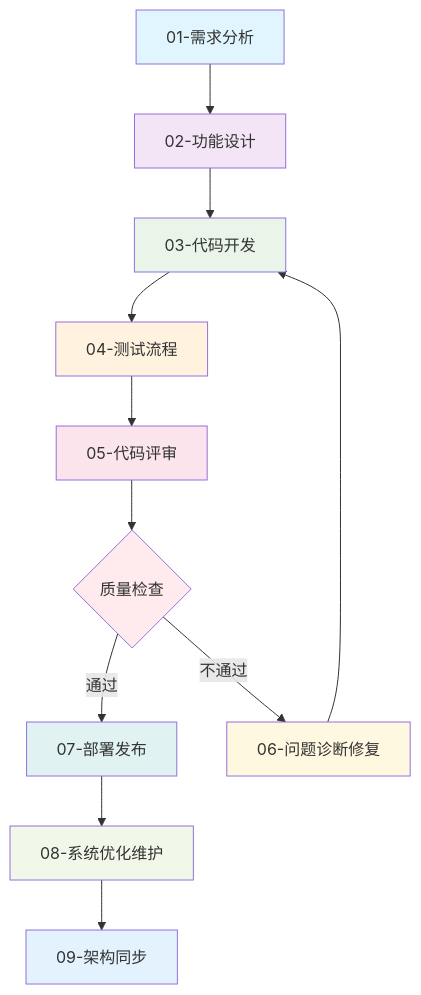
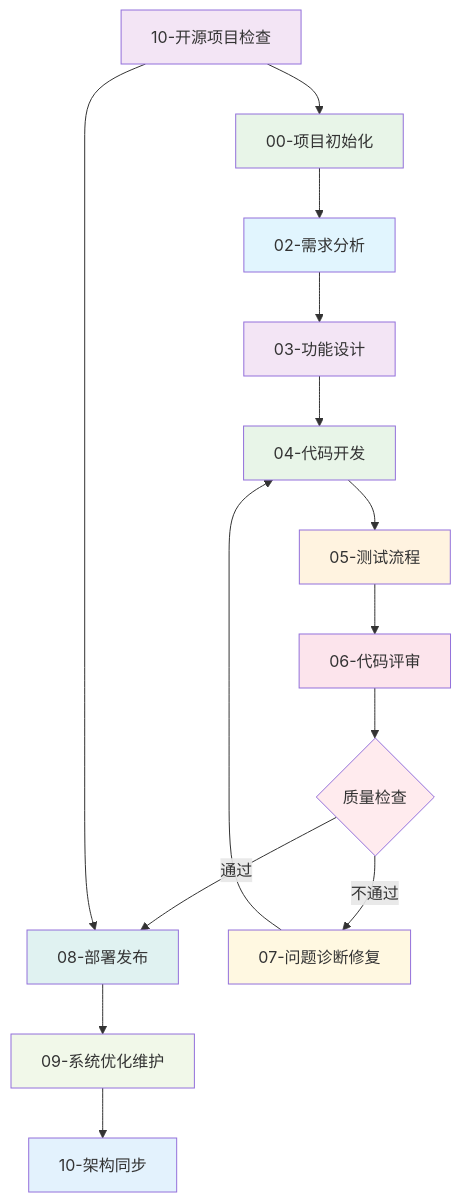
The second of 2 diagrams in README.md (EvilJoker/prompt), drawn with Mermaid before and after one commit. The commit also changed other lines of this file and 4 other files, not shown here.

````diff
--- a/README.md
+++ b/README.md
@@ -133,24 +148,30 @@
 ```mermaid
 graph TD
-    A[01-需求分析] --> B[02-功能设计]
-    B --> C[03-代码开发]
-    C --> D[04-测试流程]
-    D --> E[05-代码评审]
+    A[02-需求分析] --> B[03-功能设计]
+    B --> C[04-代码开发]
+    C --> D[05-测试流程]
+    D --> E[06-代码评审]
     E --> F{质量检查}
-    F -->|通过| G[07-部署发布]
-    F -->|不通过| H[06-问题诊断修复]
+    F -->|通过| G[08-部署发布]
+    F -->|不通过| H[07-问题诊断修复]
     H --> C
-    G --> I[08-系统优化维护]
-    I --> J[09-架构同步]
+    G --> I[09-系统优化维护]
+    I --> J[10-架构同步]
+    
+    K[00-项目初始化] --> A
+    L[10-开源项目检查] --> K
+    L --> G
     
     style A fill:#e1f5fe
     style B fill:#f3e5f5
     style C fill:#e8f5e8
     style D fill:#fff3e0
     style E fill:#fce4ec
     style F fill:#ffebee
     style G fill:#e0f2f1
     style H fill:#fff8e1
     style I fill:#f1f8e9
     style J fill:#e3f2fd
+    style K fill:#e8f5e8
+    style L fill:#f3e5f5
 ```
````
